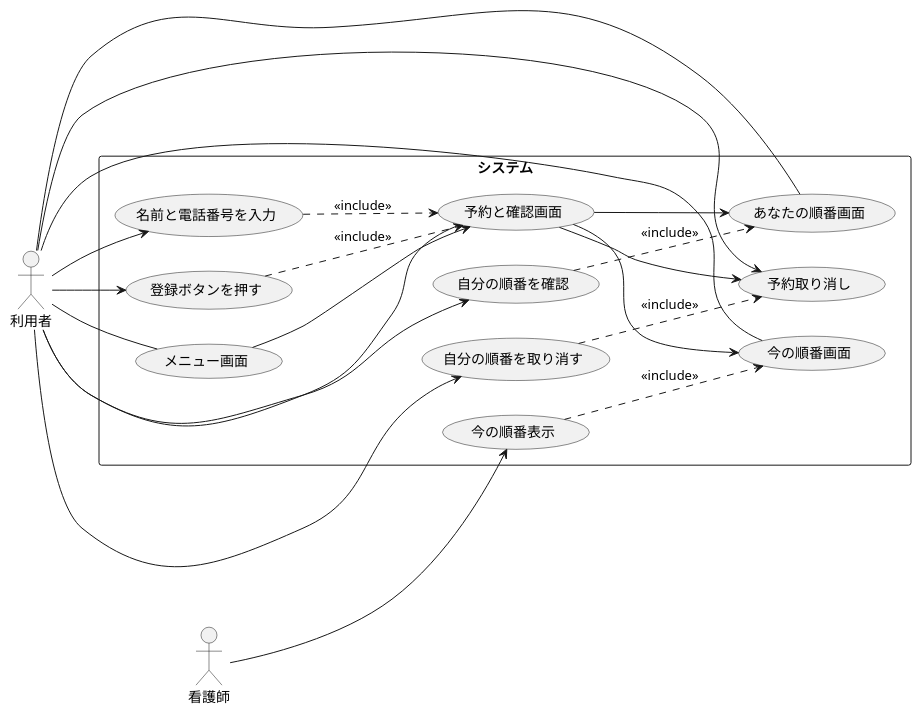
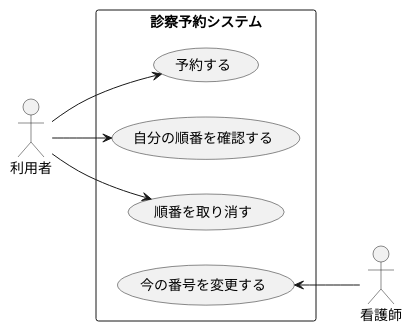
One commit to togamonro-ru/unl-introduction changed the diagram in 演習6-3_ユースケース図_診察予約システム.pu. Above: the diagram before and after it, drawn with PlantUML.

```diff
--- a/演習6-3_ユースケース図_診察予約システム.pu
+++ b/演習6-3_ユースケース図_診察予約システム.pu
@@ -1,42 +1,15 @@
-@startuml
+@startuml 例題1
 left to right direction
-actor 利用者 as User
-actor 看護師 as Nurse
-
-rectangle システム {
-usecase メニュー画面 as a
-usecase 予約と確認画面 as b
-usecase あなたの順番画面 as c
-usecase 今の順番画面 as d
-usecase 予約取り消し as e
-usecase 今の順番表示 as f
-usecase 名前と電話番号を入力 as g
-usecase 登録ボタンを押す as h
-usecase 自分の順番を確認 as i
-usecase 自分の順番を取り消す as j
-
-User -- a
-User -- b
-User -- c
-User -- d
-User --> e
-Nurse --> f
-
-  a --> b
-  b --> c
-  b --> d
-  b --> e
-
-User --> g
-User --> h
-User --> i
-User --> j
-
-g ..> b : <<include>>
-h ..> b : <<include>>
-i ..> c : <<include>>
-j ..> e : <<include>>
-f ..> d : <<include>>
+actor 利用者 as a
+actor 看護師 as b
+rectangle 診察予約システム {
+usecase 予約する as c
+usecase 自分の順番を確認する as d
+usecase 順番を取り消す as e
+usecase 今の番号を変更する as f
 }
-
+a-->c
+a-->d
+a-->e
+f<--b
 @enduml
```
